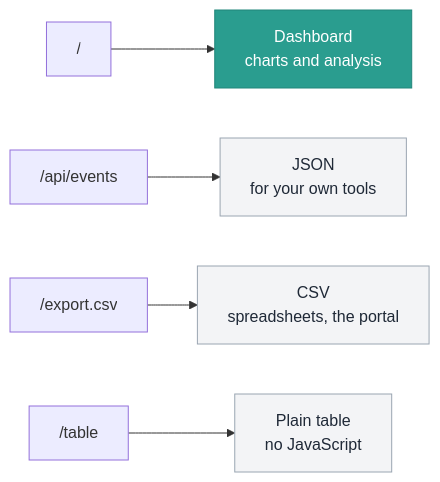
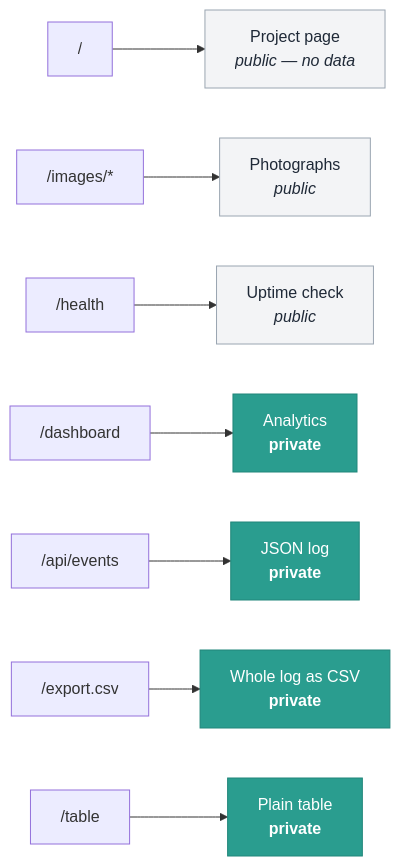
The third of 3 diagrams in docs/WEB-DASHBOARD.md (jchirayath/PetDoor), drawn with Mermaid before and after one commit. The commit also changed other lines of this file and 9 other files, not shown here.

````diff
--- a/docs/WEB-DASHBOARD.md
+++ b/docs/WEB-DASHBOARD.md
@@ -162,12 +166,18 @@
 ```mermaid
 flowchart LR
-    R["/"] --> RD["Dashboard<br/>charts and analysis"]
-    A["/api/events"] --> AD["JSON<br/>for your own tools"]
-    C["/export.csv"] --> CD["CSV<br/>spreadsheets, the portal"]
-    T["/table"] --> TD["Plain table<br/>no JavaScript"]
+    P["/"] --> PD["Project page<br/><i>public — no data</i>"]
+    I["/images/*"] --> ID["Photographs<br/><i>public</i>"]
+    H["/health"] --> HD["Uptime check<br/><i>public</i>"]
+    R["/dashboard"] --> RD["Analytics<br/><b>private</b>"]
+    A["/api/events"] --> AD["JSON log<br/><b>private</b>"]
+    C["/export.csv"] --> CD["Whole log as CSV<br/><b>private</b>"]
+    T["/table"] --> TD["Plain table<br/><b>private</b>"]
 
+    style PD fill:#f3f4f6,stroke:#9AA5B1,color:#1f2937
+    style ID fill:#f3f4f6,stroke:#9AA5B1,color:#1f2937
+    style HD fill:#f3f4f6,stroke:#9AA5B1,color:#1f2937
     style RD fill:#2A9D8F,stroke:#21867A,color:#ffffff
-    style AD fill:#f3f4f6,stroke:#9AA5B1,color:#1f2937
-    style CD fill:#f3f4f6,stroke:#9AA5B1,color:#1f2937
-    style TD fill:#f3f4f6,stroke:#9AA5B1,color:#1f2937
+    style AD fill:#2A9D8F,stroke:#21867A,color:#ffffff
+    style CD fill:#2A9D8F,stroke:#21867A,color:#ffffff
+    style TD fill:#2A9D8F,stroke:#21867A,color:#ffffff
 ```
````
